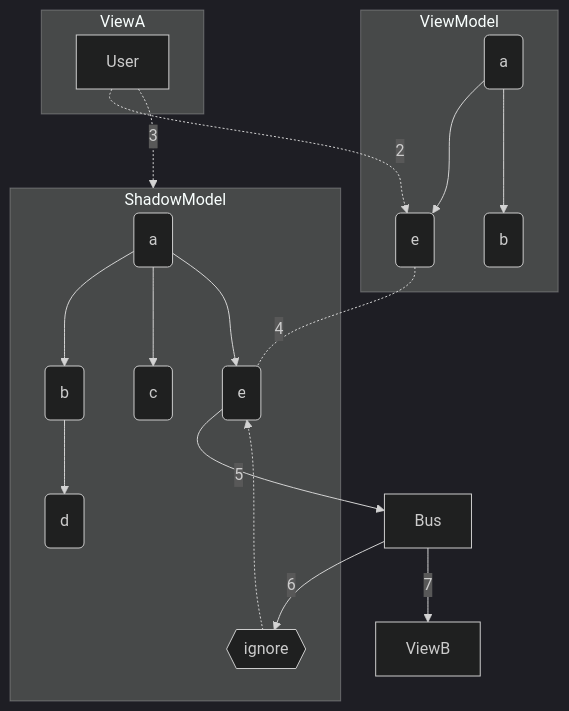
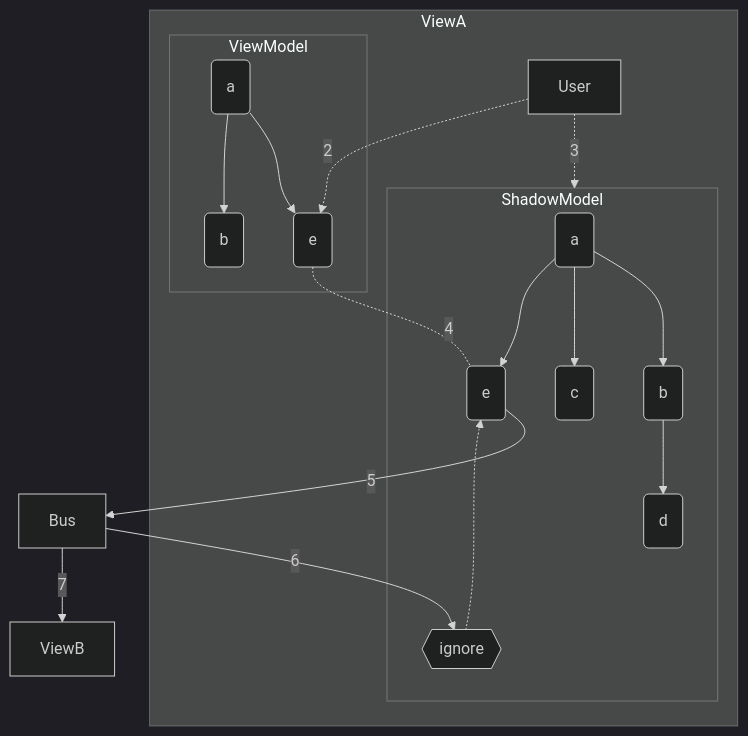
The second of 2 diagrams in doc/fscl/data-management-concept/Data Management Concept.md (onouv/fscl), drawn with Mermaid (dark theme) before and after one commit. The commit also changed other lines of this file, not shown here.

````diff
--- a/doc/fscl/data-management-concept/Data Management Concept.md
+++ b/doc/fscl/data-management-concept/Data Management Concept.md
@@ -60,36 +60,36 @@
 ```mermaid
 flowchart TD
 	
 subgraph ViewA
 User
-end
 
 subgraph ViewModel
 aV(a)
 bV(b)
 eV(e)
 
 aV --> eV
 aV --> bV
 end
 
 subgraph ShadowModel
 aS(a)
 bS(b)
 cS(c)
 dS(d)
 eS(e)
 ig{{ignore}}
 aS --> bS
 bS --> dS
 aS --> cS
 aS --> eS
 ig -.-> eS
 end
 User -. 3 .-> ShadowModel
 User -. 2 .-> eV
 eV -. 4 .- eS
+end
 eS -- 5 --> Bus
 Bus -- 6 --> ig
 Bus -- 7 --> ViewB
 ```
````
